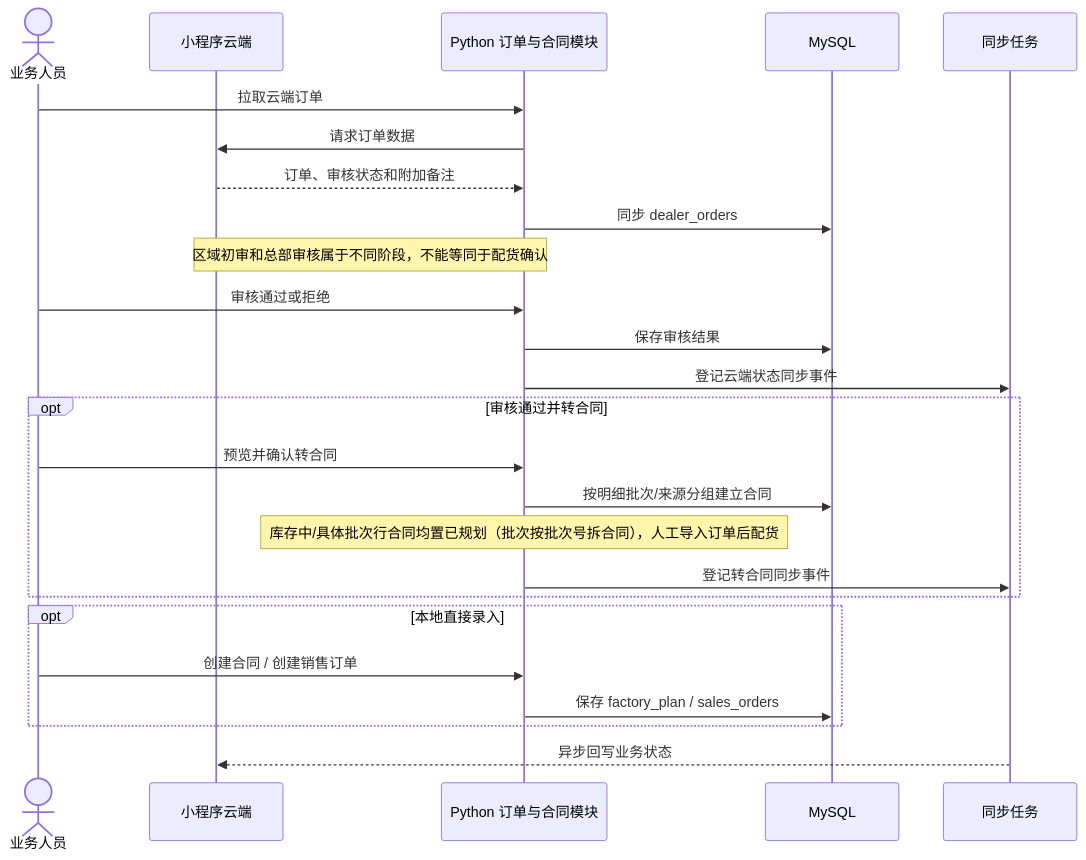
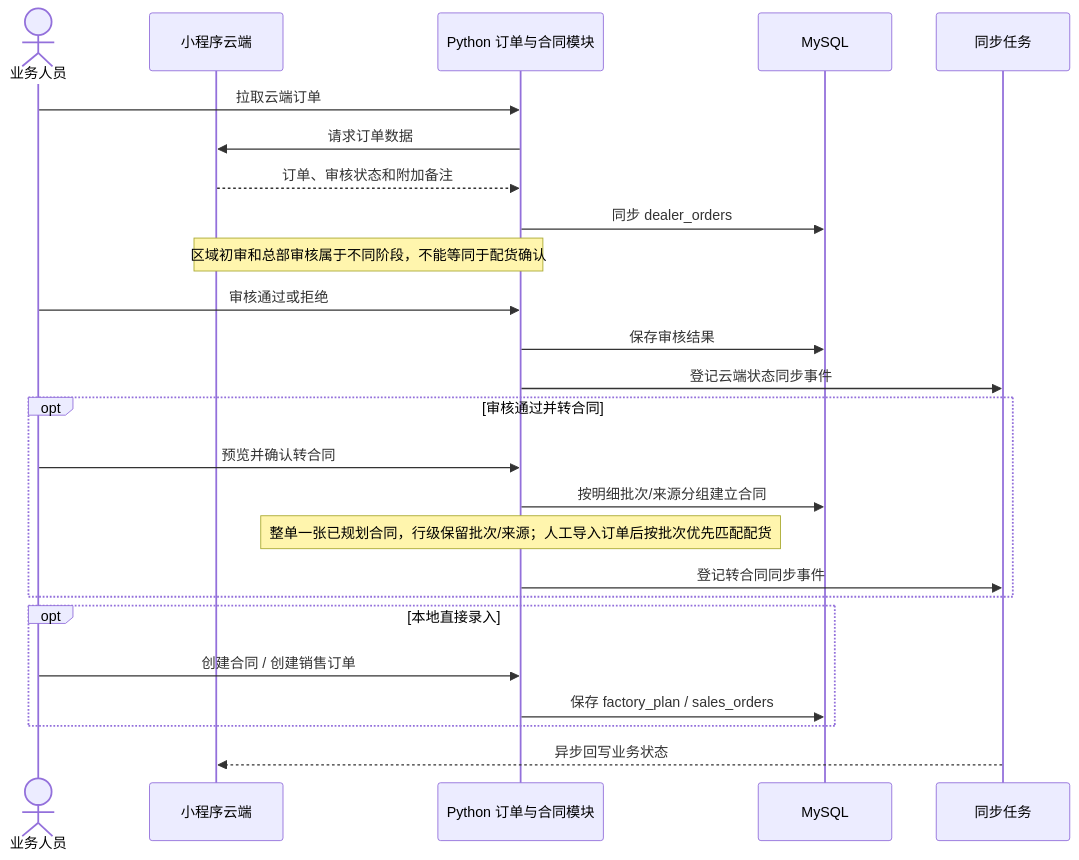
One commit to 3gU11/project1 changed the third of 8 diagrams in docs/BUSINESS_SEQUENCE_ARCHITECTURE.md. Above: the diagram before and after it, drawn with Mermaid. The commit also changed 10 other files, not shown here.

````diff
--- a/docs/BUSINESS_SEQUENCE_ARCHITECTURE.md
+++ b/docs/BUSINESS_SEQUENCE_ARCHITECTURE.md
@@ -76,27 +76,27 @@
 ```mermaid
 sequenceDiagram
     actor U as 业务人员
     participant C as 小程序云端
     participant P as Python 订单与合同模块
     participant D as MySQL
     participant O as 同步任务
     U->>P: 拉取云端订单
     P->>C: 请求订单数据
     C-->>P: 订单、审核状态和附加备注
     P->>D: 同步 dealer_orders
     Note over C,P: 区域初审和总部审核属于不同阶段，不能等同于配货确认
     U->>P: 审核通过或拒绝
     P->>D: 保存审核结果
     P->>O: 登记云端状态同步事件
     opt 审核通过并转合同
         U->>P: 预览并确认转合同
         P->>D: 按明细批次/来源分组建立合同
-        Note over P: 库存中/具体批次行合同均置已规划（批次按批次号拆合同），人工导入订单后配货
+        Note over P: 整单一张已规划合同，行级保留批次/来源；人工导入订单后按批次优先匹配配货
         P->>O: 登记转合同同步事件
     end
     opt 本地直接录入
         U->>P: 创建合同 / 创建销售订单
         P->>D: 保存 factory_plan / sales_orders
     end
     O-->>C: 异步回写业务状态
 ```
````
